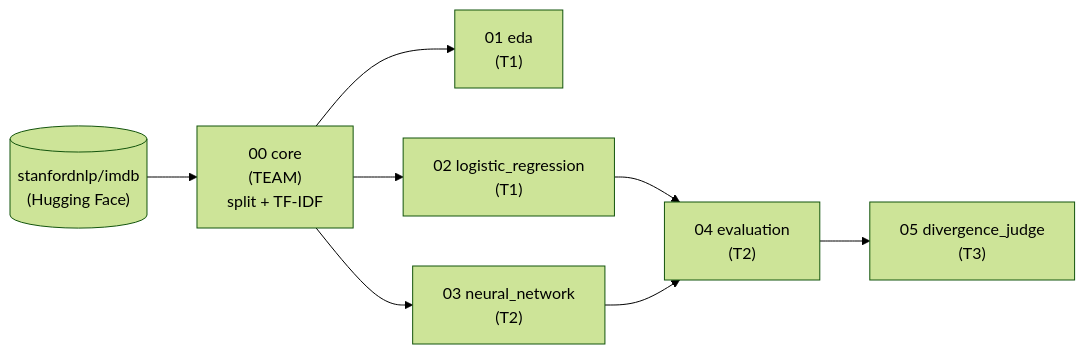
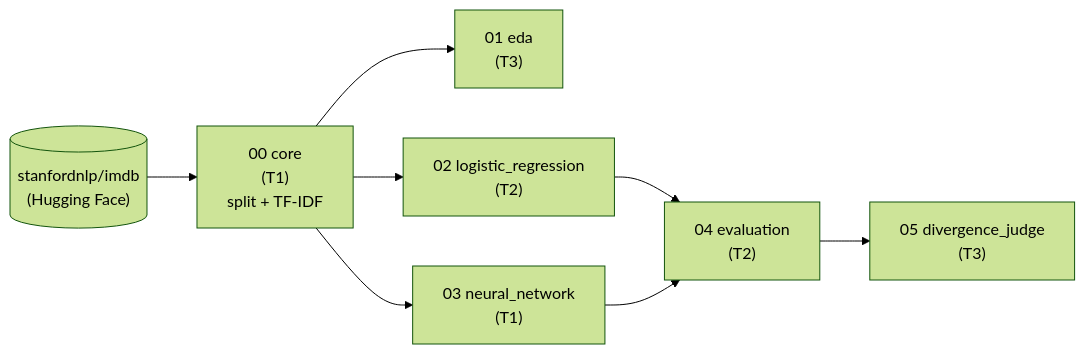
One commit to nazeshinjite/movie-review-sentiment changed the diagram in README.md. Above: the diagram before and after it, drawn with Mermaid (forest theme). The commit also changed other lines of this file and 7 other files, not shown here.

````diff
--- a/README.md
+++ b/README.md
@@ -78,10 +78,10 @@
 ```mermaid
 flowchart LR
     HF[("stanfordnlp/imdb<br/>(Hugging Face)")] --> N0
-    N0["00 core<br/>(TEAM)<br/>split + TF-IDF"] --> N1["01 eda<br/>(T1)"]
-    N0 --> N2["02 logistic_regression<br/>(T1)"]
-    N0 --> N3["03 neural_network<br/>(T2)"]
+    N0["00 core<br/>(T1)<br/>split + TF-IDF"] --> N1["01 eda<br/>(T3)"]
+    N0 --> N2["02 logistic_regression<br/>(T2)"]
+    N0 --> N3["03 neural_network<br/>(T1)"]
     N2 --> N4["04 evaluation<br/>(T2)"]
     N3 --> N4
     N4 --> N5["05 divergence_judge<br/>(T3)"]
 ```
````
